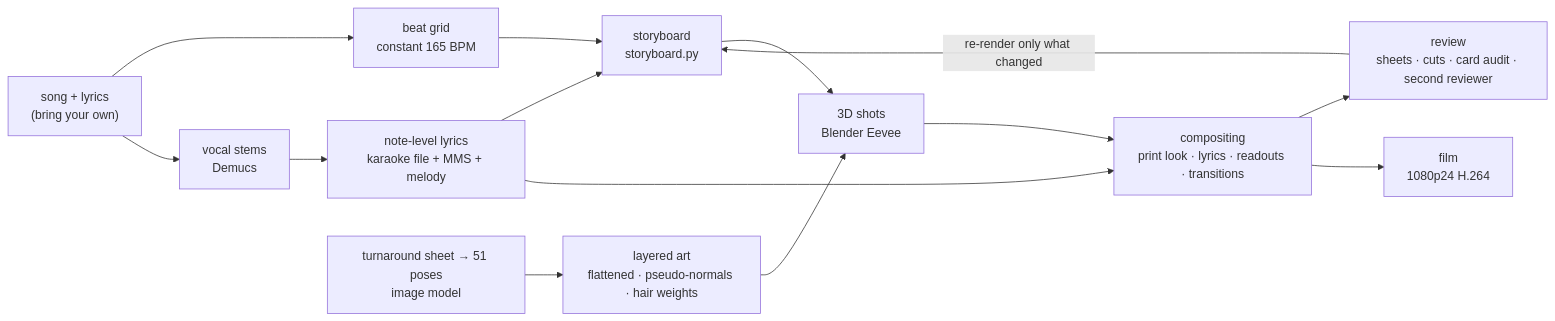
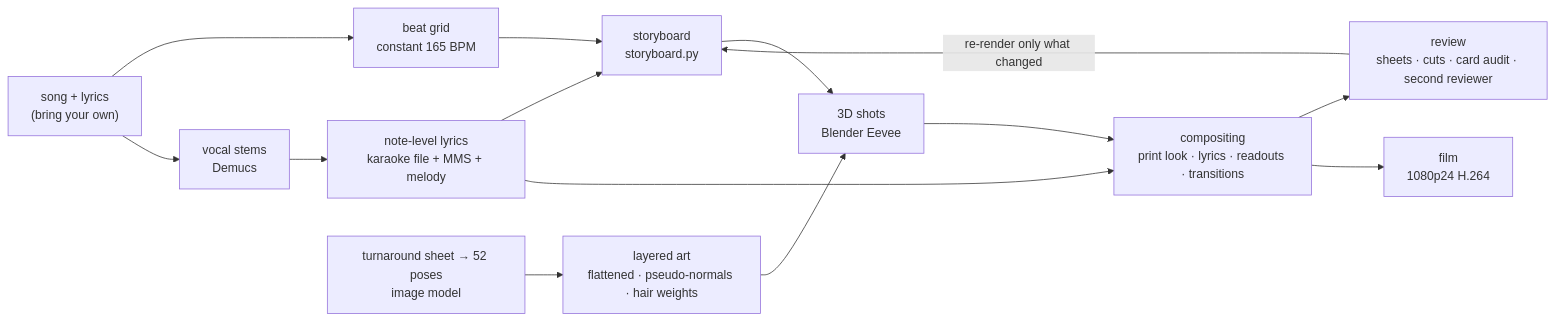
One commit to RepressedAlliance/MeltDown changed the diagram in README.en.md. Above: the diagram before and after it, drawn with Mermaid. The commit also changed other lines of this file and 3 other files, not shown here.

````diff
--- a/README.en.md
+++ b/README.en.md
@@ -101,16 +102,16 @@
 ```mermaid
 flowchart LR
   A["song + lyrics<br/>(bring your own)"] --> B["beat grid<br/>constant 165 BPM"]
   A --> C["vocal stems<br/>Demucs"]
   C --> D["note-level lyrics<br/>karaoke file + MMS + melody"]
-  E["turnaround sheet → 51 poses<br/>image model"] --> F["layered art<br/>flattened · pseudo-normals · hair weights"]
+  E["turnaround sheet → 52 poses<br/>image model"] --> F["layered art<br/>flattened · pseudo-normals · hair weights"]
   B --> G["storyboard<br/>storyboard.py"]
   D --> G
   G --> H["3D shots<br/>Blender Eevee"]
   F --> H
   H --> I["compositing<br/>print look · lyrics · readouts · transitions"]
   D --> I
   I --> J["review<br/>sheets · cuts · card audit · second reviewer"]
   J -- "re-render only what changed" --> G
   I --> K["film<br/>1080p24 H.264"]
 ```
````
